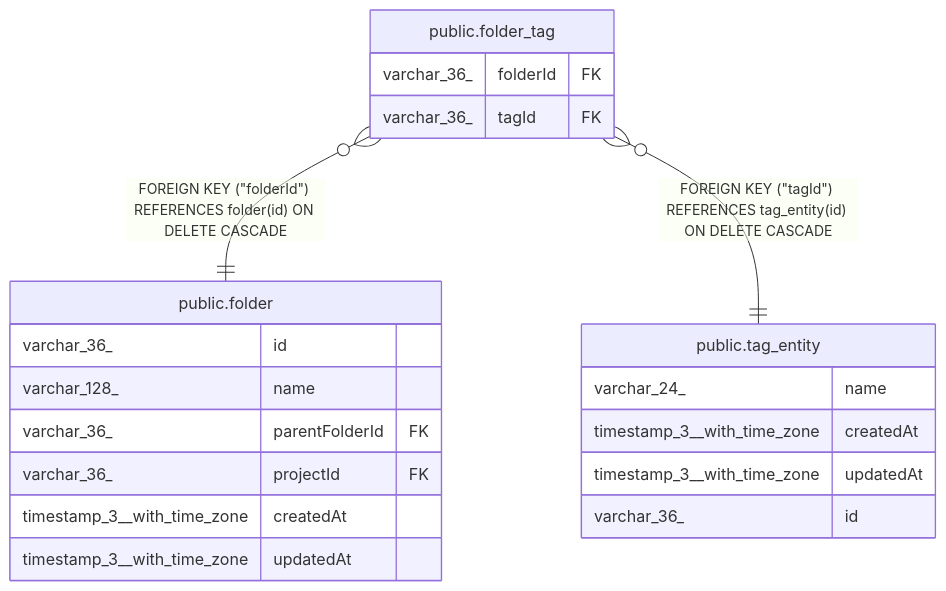
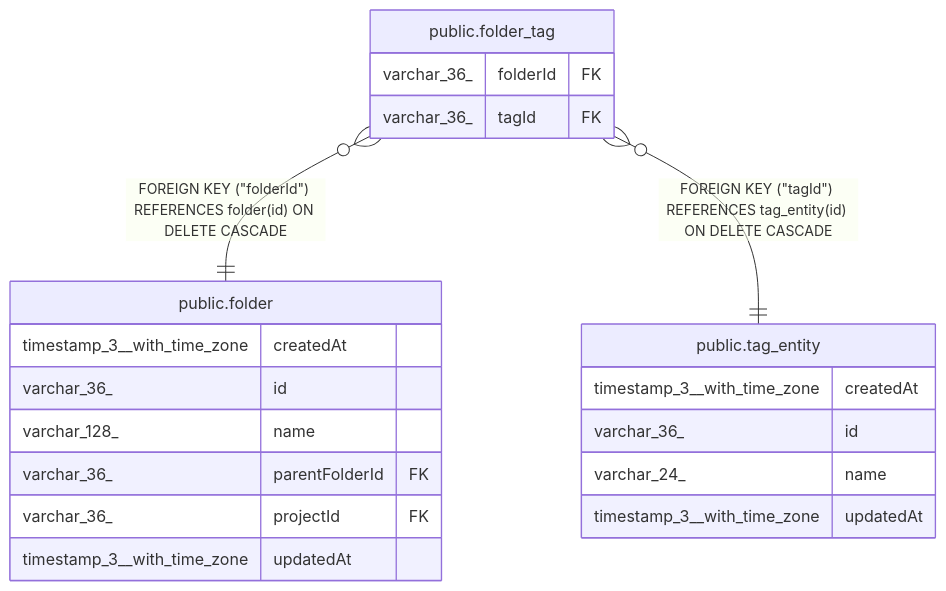
One commit to mayankjain1815-commits/n8n changed the diagram in docs/generated/postgres-schema/public.folder_tag.md. Above: the diagram before and after it, drawn with Mermaid. The commit also changed other lines of this file and 221 other files, not shown here.

Commit message:
chore(core): Make DB schema docs generation deterministic (#32373)

````diff
--- a/docs/generated/postgres-schema/public.folder_tag.md
+++ b/docs/generated/postgres-schema/public.folder_tag.md
@@ -28,25 +28,25 @@
 ```mermaid
 erDiagram
 
 "public.folder_tag" }o--|| "public.folder" : "FOREIGN KEY (#quot;folderId#quot;) REFERENCES folder(id) ON DELETE CASCADE"
 "public.folder_tag" }o--|| "public.tag_entity" : "FOREIGN KEY (#quot;tagId#quot;) REFERENCES tag_entity(id) ON DELETE CASCADE"
 
 "public.folder_tag" {
   varchar_36_ folderId FK
   varchar_36_ tagId FK
 }
 "public.folder" {
+  timestamp_3__with_time_zone createdAt
   varchar_36_ id
   varchar_128_ name
   varchar_36_ parentFolderId FK
   varchar_36_ projectId FK
-  timestamp_3__with_time_zone createdAt
   timestamp_3__with_time_zone updatedAt
 }
 "public.tag_entity" {
+  timestamp_3__with_time_zone createdAt
+  varchar_36_ id
   varchar_24_ name
-  timestamp_3__with_time_zone createdAt
   timestamp_3__with_time_zone updatedAt
-  varchar_36_ id
 }
 ```
````
